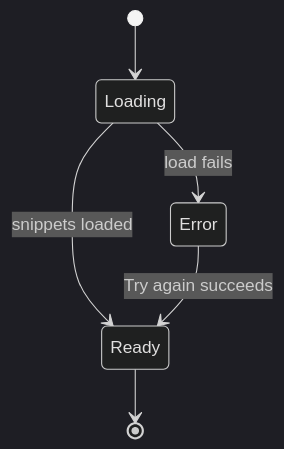
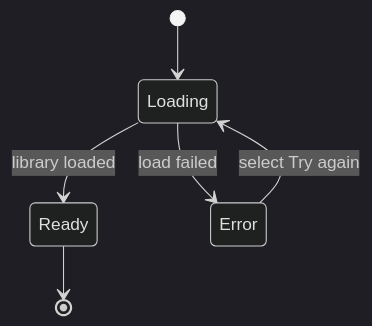
Before and after one commit to Mohita111/API2: the first of 2 diagrams in api2-documentation/plan_2026-11-02_f8890e/user-facing-docs/logging-diagnostics.md, drawn with Mermaid (dark theme). The commit also changed other lines of this file and 14 other files, not shown here.

````diff
--- a/api2-documentation/plan_2026-11-02_f8890e/user-facing-docs/logging-diagnostics.md
+++ b/api2-documentation/plan_2026-11-02_f8890e/user-facing-docs/logging-diagnostics.md
@@ -31,8 +20,8 @@
 ```mermaid
 stateDiagram-v2
     [*] --> Loading
-    Loading --> Ready: snippets loaded
-    Loading --> Error: load fails
-    Error --> Ready: Try again succeeds
+    Loading --> Ready: library loaded
+    Loading --> Error: load failed
+    Error --> Loading: select Try again
     Ready --> [*]
 ```
````
